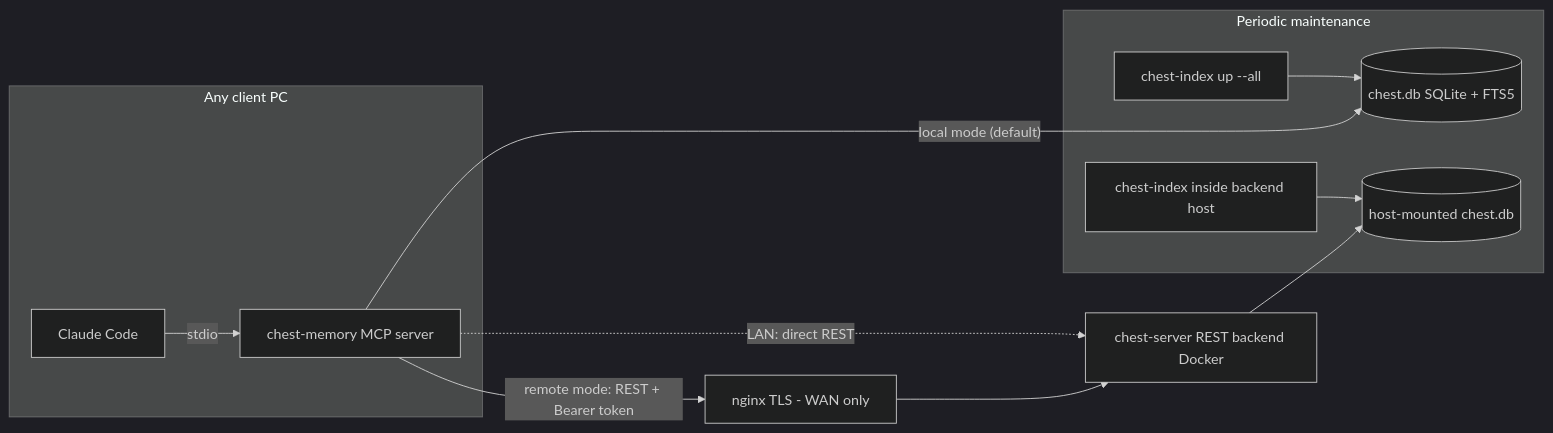
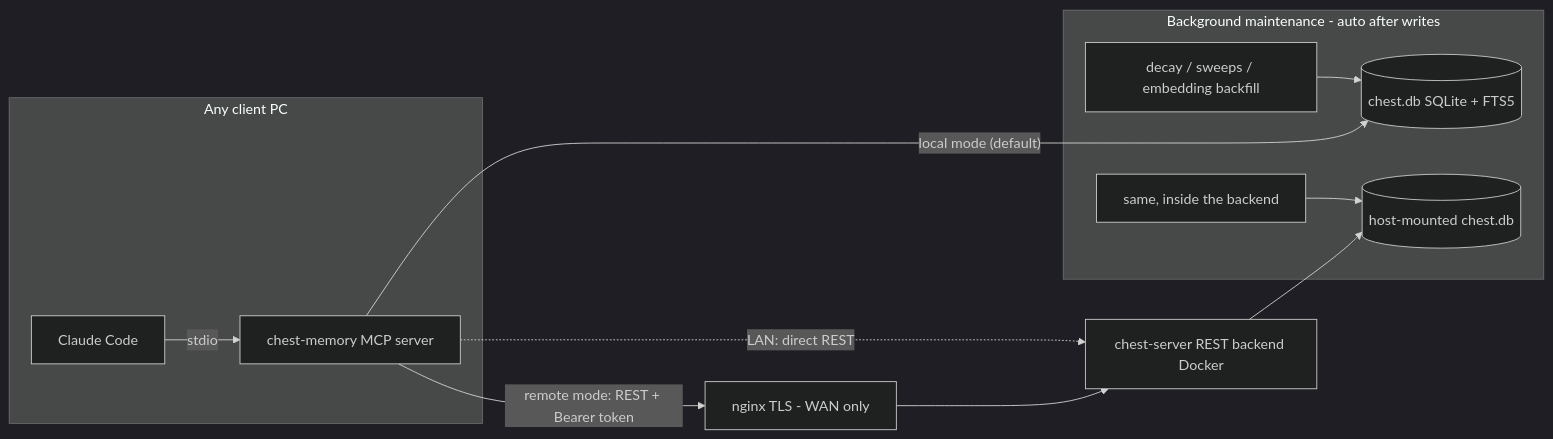
Before and after one commit to siosig/mcp-chest-memory: the diagram in README.md, drawn with Mermaid (dark theme). The commit also changed other lines of this file and 8 other files, not shown here.

First line of the commit message:
feat(maintenance): replace scheduled runs with write-triggered background passes

````diff
--- a/README.md
+++ b/README.md
@@ -37,17 +37,17 @@
 ```mermaid
 flowchart LR
     subgraph client [Any client PC]
         CC[Claude Code] -->|stdio| MCP[chest-memory MCP server]
     end
 
     MCP -->|"local mode (default)"| DB[(chest.db SQLite + FTS5)]
     MCP -->|"remote mode: REST + Bearer token"| NG[nginx TLS - WAN only]
     NG --> API[chest-server REST backend Docker]
     MCP -.->|"LAN: direct REST"| API
     API --> DB2[(host-mounted chest.db)]
 
-    subgraph maintenance [Periodic maintenance]
-        IDX[chest-index up --all] --> DB
-        IDX2[chest-index inside backend host] --> DB2
+    subgraph maintenance [Background maintenance - auto after writes]
+        IDX[decay / sweeps / embedding backfill] --> DB
+        IDX2[same, inside the backend] --> DB2
     end
 ```
````
